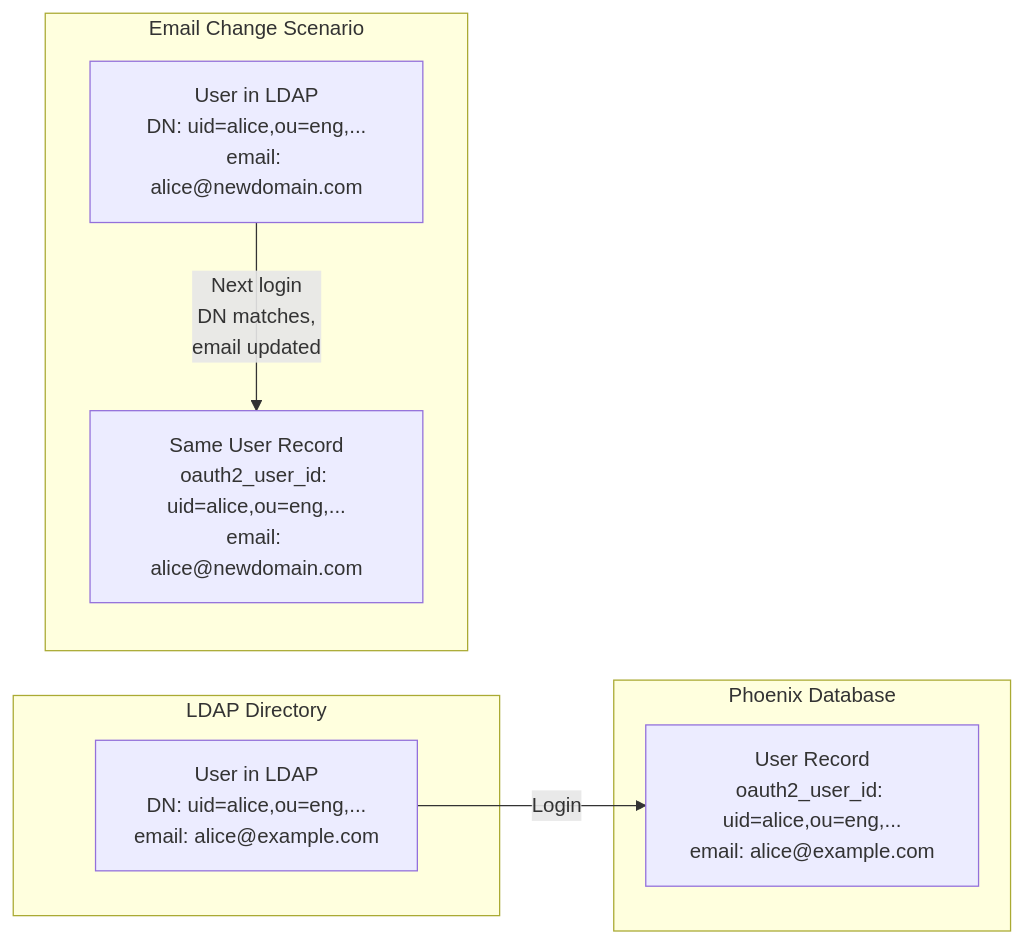
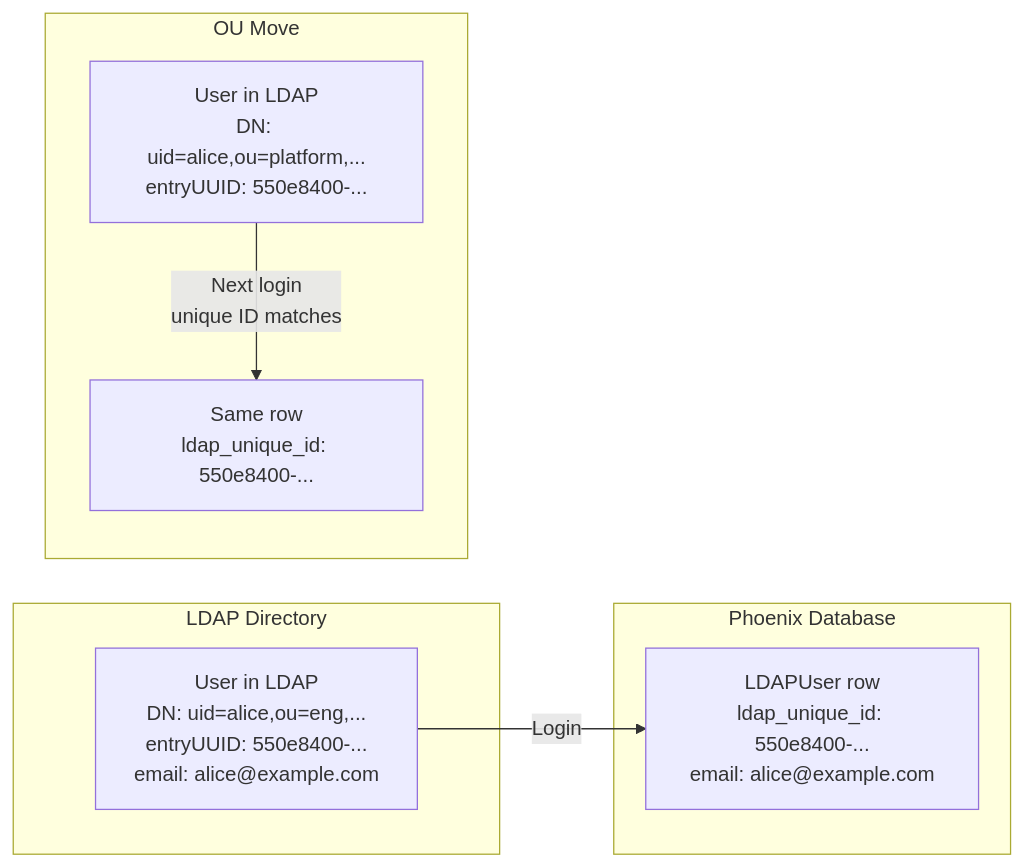
The sixth of 6 diagrams in internal_docs/specs/ldap-authentication/ldap-primer.md (Arize-ai/phoenix), drawn with Mermaid before and after one commit. The commit also changed other lines of this file and 2 other files, not shown here.

First line of the commit message:
docs(specs): update LDAP primer, security, and framework snippets

````diff
--- a/internal_docs/specs/ldap-authentication/ldap-primer.md
+++ b/internal_docs/specs/ldap-authentication/ldap-primer.md
@@ -433,18 +433,18 @@
 ```mermaid
 graph LR
     subgraph LDAP Directory
-        User["User in LDAP<br/>DN: uid=alice,ou=eng,...<br/>email: alice@example.com"]
+        User["User in LDAP<br/>DN: uid=alice,ou=eng,...<br/>entryUUID: 550e8400-...<br/>email: alice@example.com"]
     end
 
     subgraph Phoenix Database
-        DBUser["User Record<br/>oauth2_user_id: uid=alice,ou=eng,...<br/>email: alice@example.com"]
+        DBUser["LDAPUser row<br/>ldap_unique_id: 550e8400-...<br/>email: alice@example.com"]
     end
 
     User -->|Login| DBUser
-    
-    subgraph Email Change Scenario
-        User2["User in LDAP<br/>DN: uid=alice,ou=eng,...<br/>email: alice@newdomain.com"]
-        DBUser2["Same User Record<br/>oauth2_user_id: uid=alice,ou=eng,...<br/>email: alice@newdomain.com"]
-        User2 -->|Next login<br/>DN matches,<br/>email updated| DBUser2
+
+    subgraph OU Move
+        User2["User in LDAP<br/>DN: uid=alice,ou=platform,...<br/>entryUUID: 550e8400-..."]
+        DBUser2["Same row<br/>ldap_unique_id: 550e8400-..."]
+        User2 -->|Next login<br/>unique ID matches| DBUser2
     end
 ```
````
